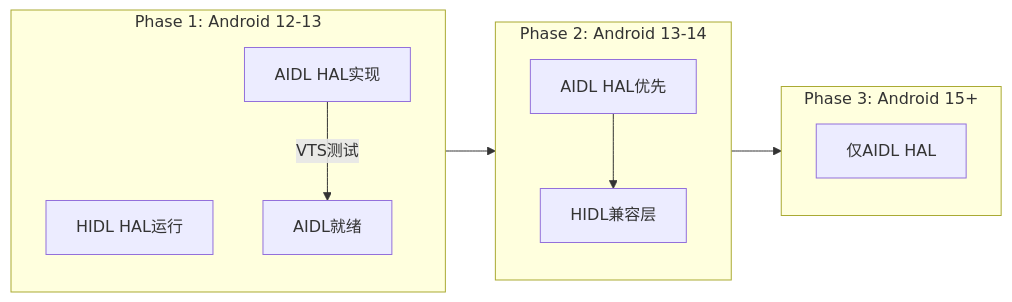
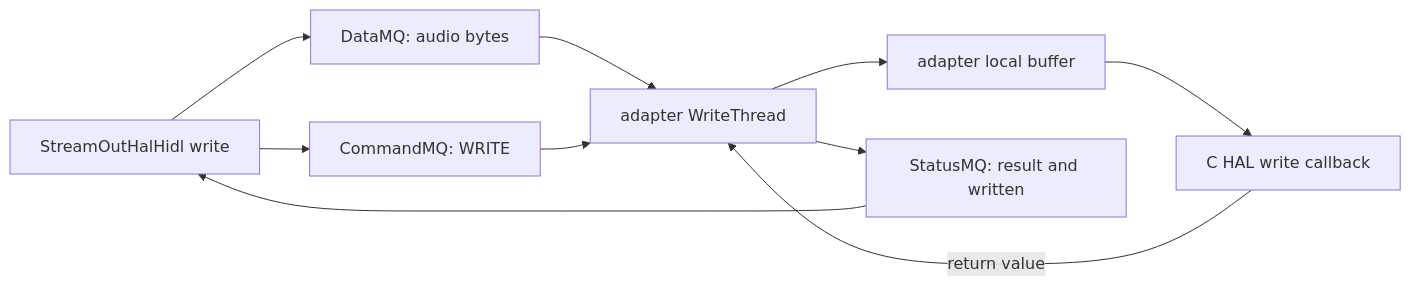
Before and after one commit to yanglinzhen1022/SA8295_AAOS_QNX_Audio_KnowledgeBase: the third of 4 diagrams in 08_HAL_Layer/08_8.1_Audio_HAL双轨架构.md, drawn with Mermaid. The commit also changed other lines of this file and 8 other files, not shown here.

Commit message:
docs: rebuild HAL-to-PAL learning sample from local AudioReach source

````diff
--- a/08_HAL_Layer/08_8.1_Audio_HAL双轨架构.md
+++ b/08_HAL_Layer/08_8.1_Audio_HAL双轨架构.md
@@ -126,17 +89,19 @@
 ```mermaid
-graph LR
-    subgraph Phase1[Phase 1: Android 12-13]
-        HIDL_RUN[HIDL HAL运行]
-        AIDL_IMPL[AIDL HAL实现]
-        AIDL_IMPL -->|VTS测试| AIDL_READY[AIDL就绪]
-    end
-    subgraph Phase2[Phase 2: Android 13-14]
-        AIDL_PRIMARY[AIDL HAL优先]
-        HIDL_COMPAT[HIDL兼容层]
-        AIDL_PRIMARY --> HIDL_COMPAT
-    end
-    subgraph Phase3[Phase 3: Android 15+]
-        AIDL_ONLY[仅AIDL HAL]
-    end
-    Phase1 --> Phase2 --> Phase3
+flowchart LR
+    W[StreamOutHalHidl write]
+    D[DataMQ: audio bytes]
+    C[CommandMQ: WRITE]
+    T[adapter WriteThread]
+    B[adapter local buffer]
+    CB[C HAL write callback]
+    S[StatusMQ: result and written]
+    W --> D
+    W --> C
+    D --> T
+    C --> T
+    T --> B
+    B --> CB
+    CB -->|return value| T
+    T --> S
+    S --> W
 ```
````
